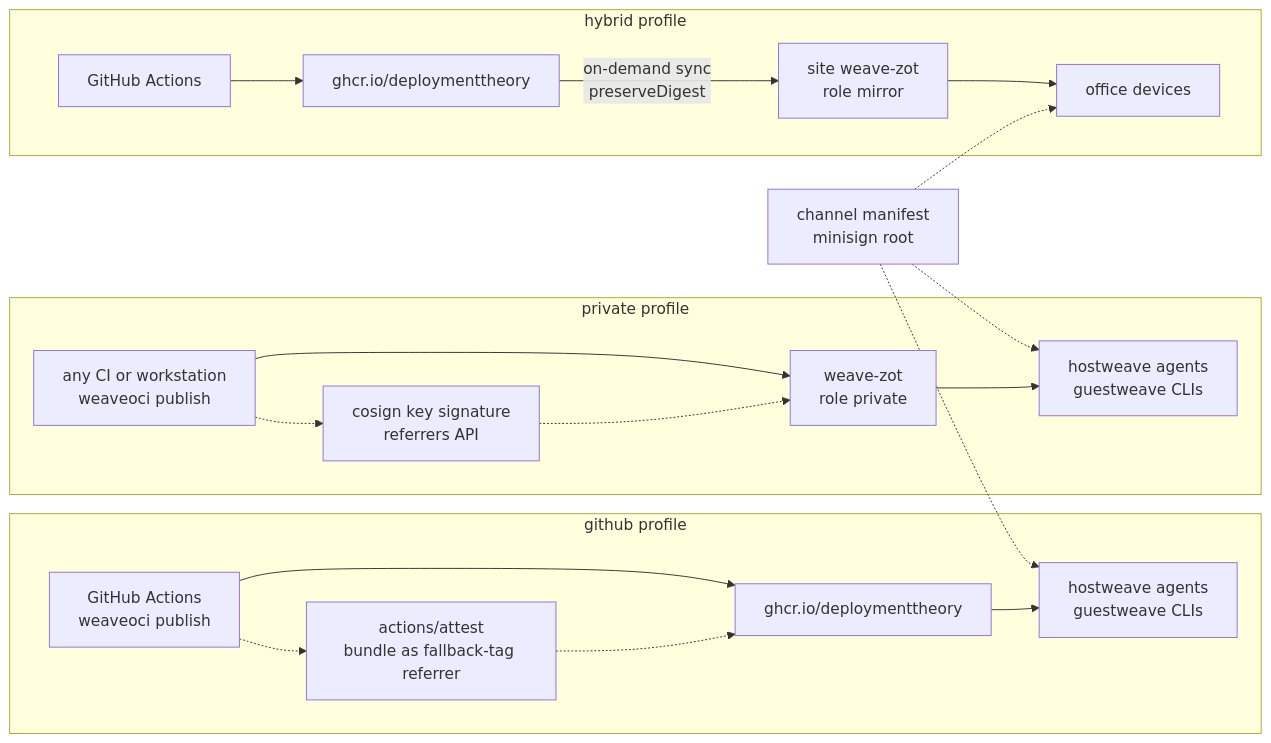
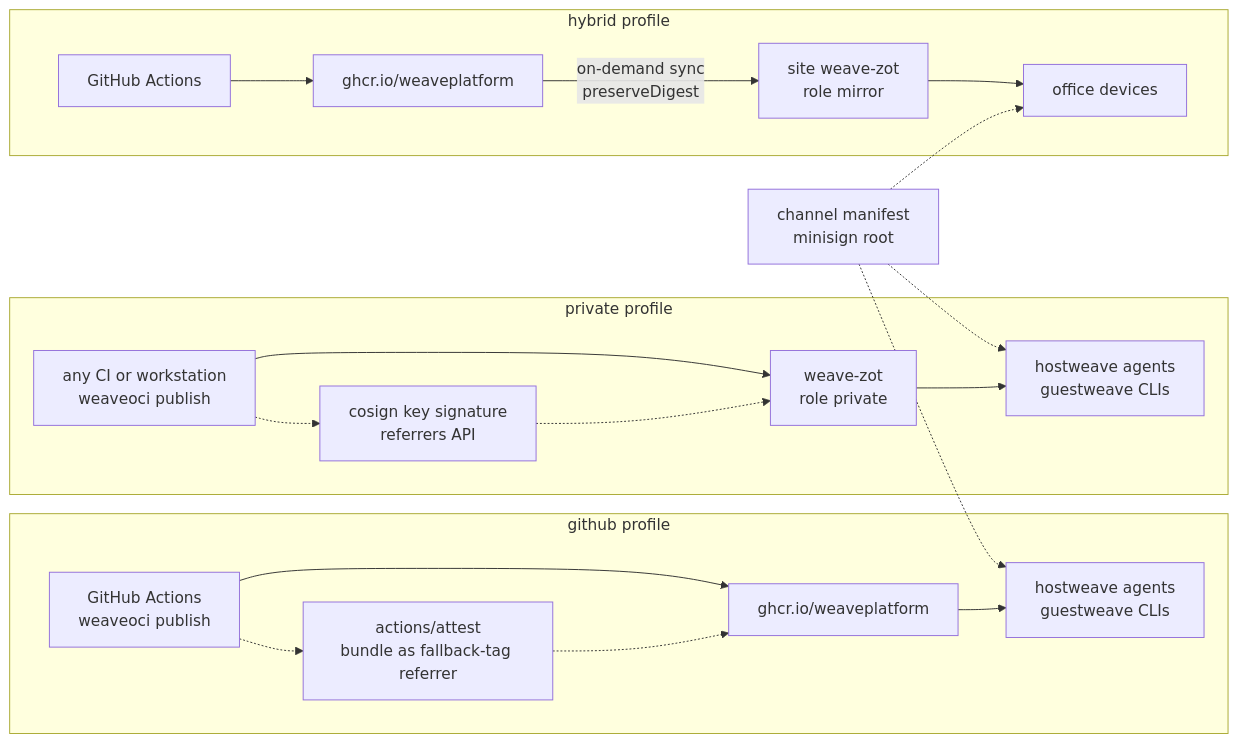
The second of 7 diagrams in docs/research/08-target-architecture.md (weaveplatform/weaveplatform-oci), drawn with Mermaid before and after one commit. The commit also changed other lines of this file and 113 other files, not shown here.

````diff
--- a/docs/research/08-target-architecture.md
+++ b/docs/research/08-target-architecture.md
@@ -111,23 +111,23 @@
 ```mermaid
 flowchart LR
     subgraph github["github profile"]
-        GA["GitHub Actions<br/>weaveoci publish"] --> GHCR1["ghcr.io/deploymenttheory"]
+        GA["GitHub Actions<br/>weaveoci publish"] --> GHCR1["ghcr.io/weaveplatform"]
         GA -.-> ATT["actions/attest<br/>bundle as fallback-tag referrer"]
         ATT -.-> GHCR1
         GHCR1 --> D1["hostweave agents<br/>guestweave CLIs"]
     end
     subgraph private["private profile"]
         CI["any CI or workstation<br/>weaveoci publish"] --> ZP["weave-zot<br/>role private"]
         CI -.-> COS["cosign key signature<br/>referrers API"]
         COS -.-> ZP
         ZP --> D2["hostweave agents<br/>guestweave CLIs"]
     end
     subgraph hybrid["hybrid profile"]
-        GA2["GitHub Actions"] --> GHCR2["ghcr.io/deploymenttheory"]
+        GA2["GitHub Actions"] --> GHCR2["ghcr.io/weaveplatform"]
         GHCR2 -->|"on-demand sync<br/>preserveDigest"| ZM["site weave-zot<br/>role mirror"]
         ZM --> D3["office devices"]
     end
     CH["channel manifest<br/>minisign root"] -.-> D1
     CH -.-> D2
     CH -.-> D3
 ```
````
